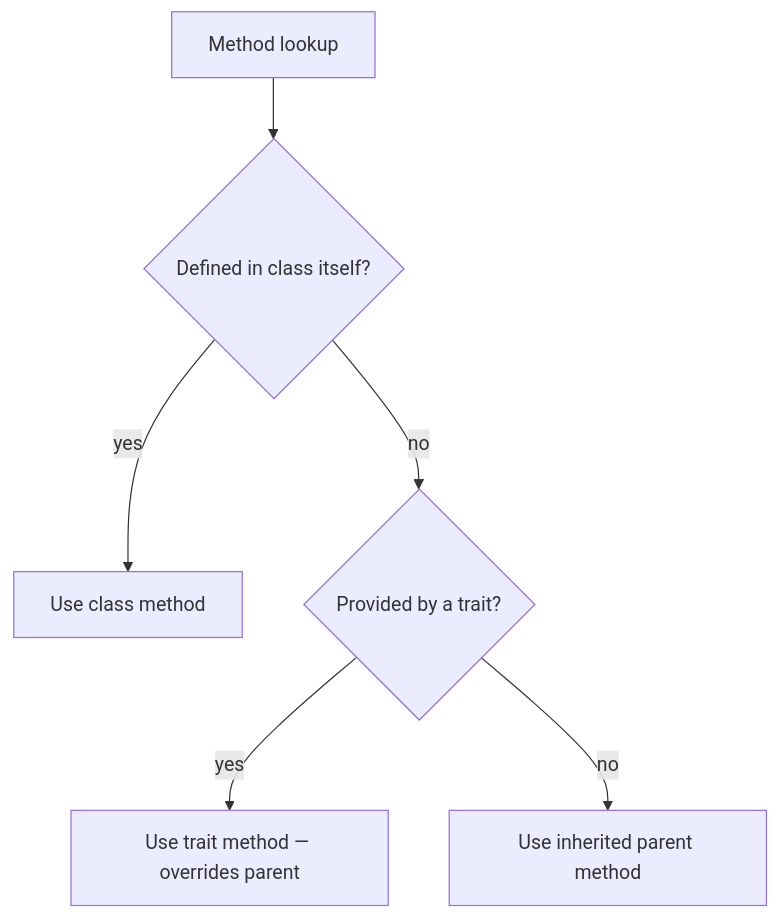
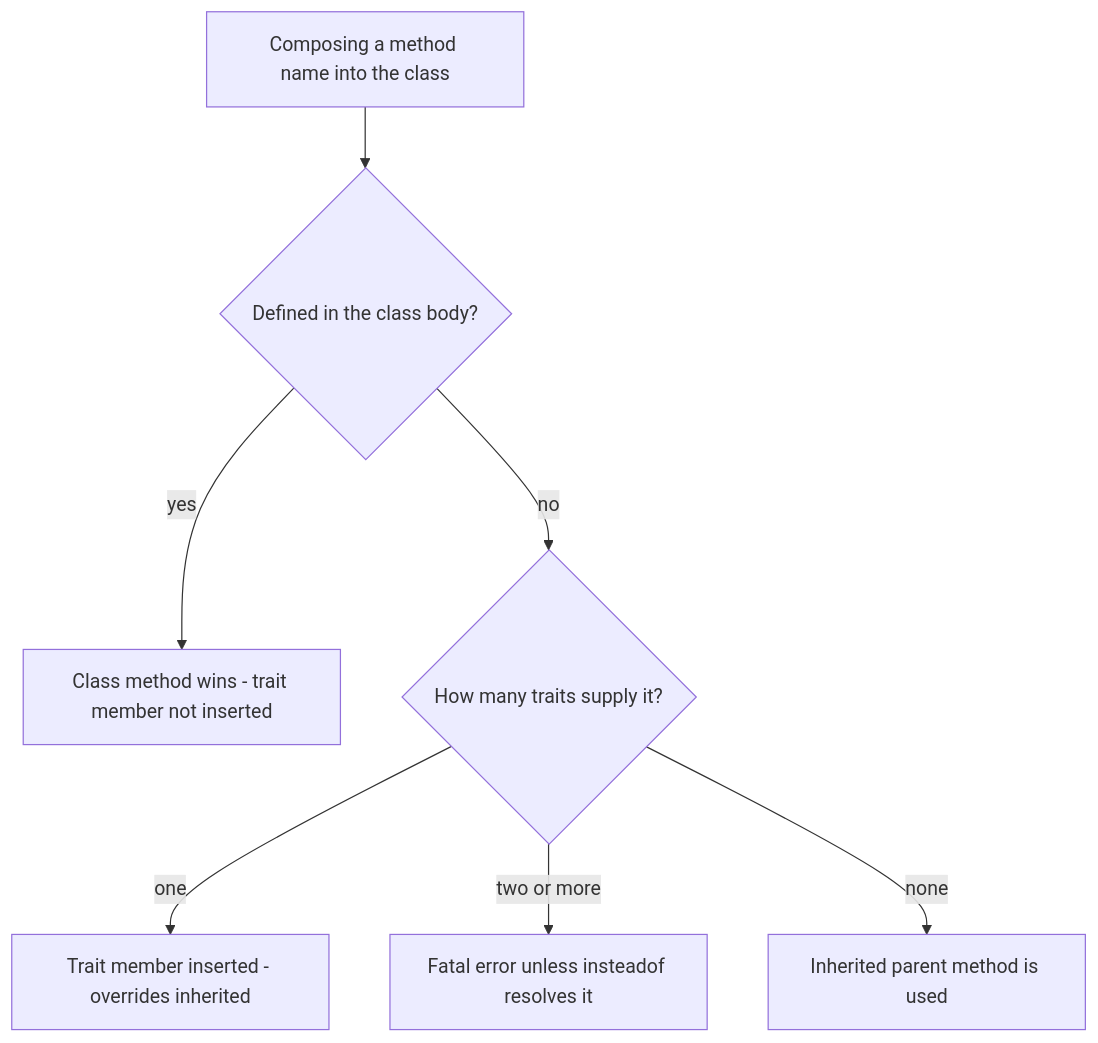
The first of 2 diagrams in docs/php-web-security/traits.md (jasseryah-mazars/Sf-8.0), drawn with Mermaid before and after one commit. The commit also changed other lines of this file and 8 other files, not shown here.

````diff
--- a/docs/php-web-security/traits.md
+++ b/docs/php-web-security/traits.md
@@ -91,8 +162,9 @@
 ```mermaid
 flowchart TD
-    A[Method lookup] --> B{Defined in class itself?}
-    B -->|yes| C[Use class method]
-    B -->|no| D{Provided by a trait?}
-    D -->|yes| E[Use trait method — overrides parent]
-    D -->|no| F[Use inherited parent method]
+    A["Composing a method name into the class"] --> B{"Defined in the class body?"}
+    B -->|yes| C["Class method wins - trait member not inserted"]
+    B -->|no| D{"How many traits supply it?"}
+    D -->|one| E["Trait member inserted - overrides inherited"]
+    D -->|"two or more"| F["Fatal error unless insteadof resolves it"]
+    D -->|none| G["Inherited parent method is used"]
 ```
````
